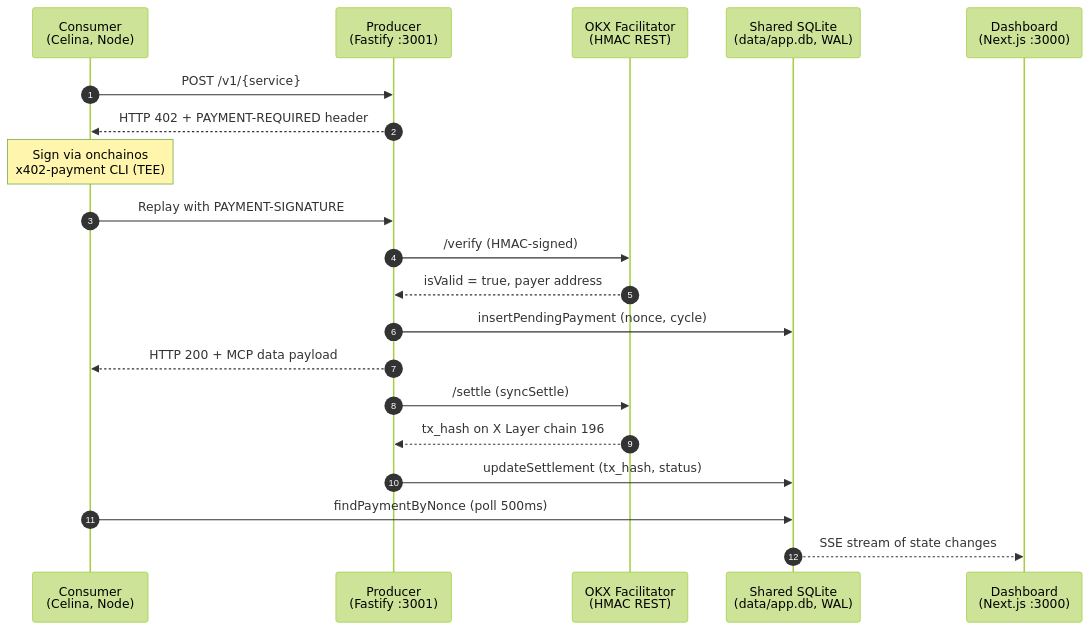
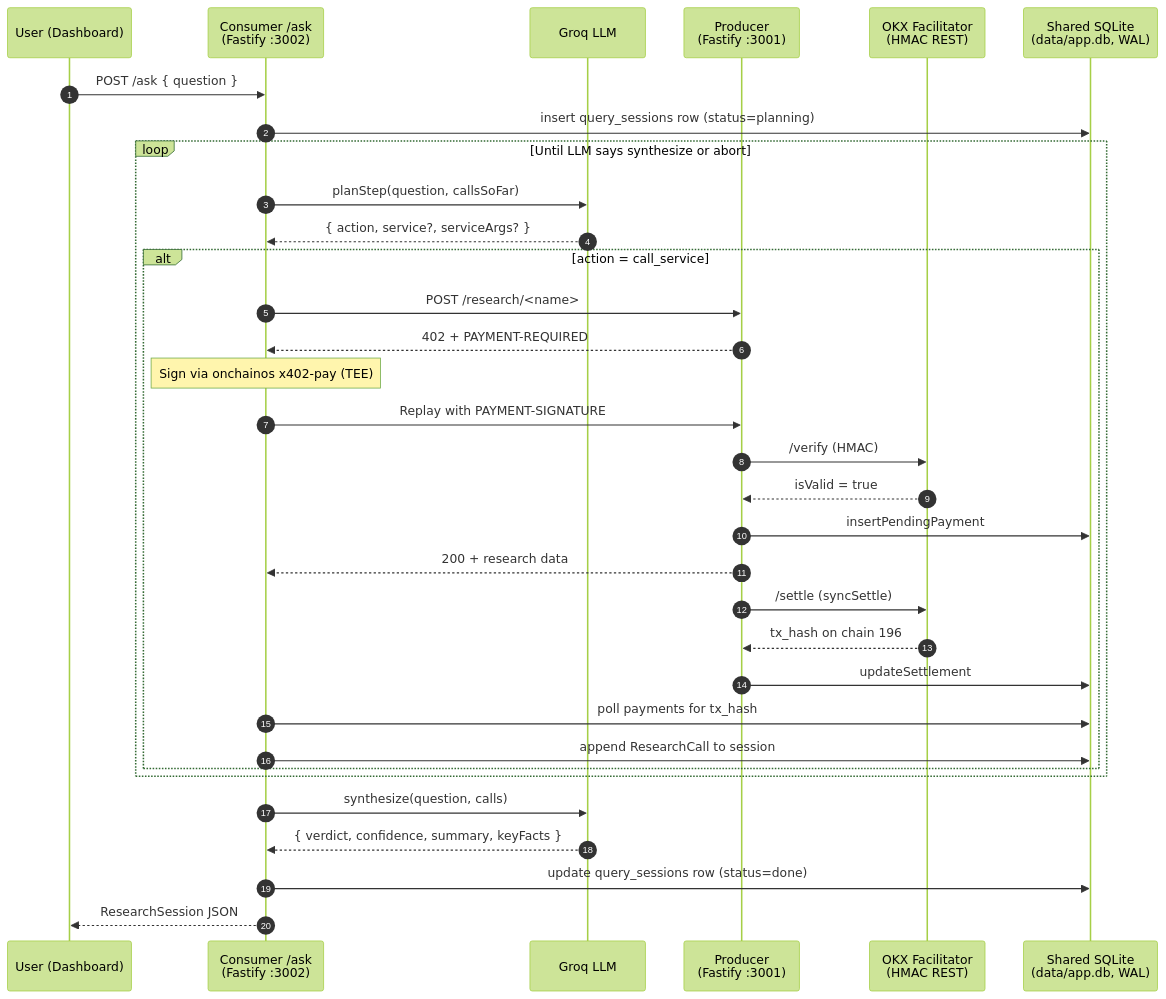
The diagram in README.md (jordi-stack/celina-x402), drawn with Mermaid (forest theme) before and after one commit. The commit also changed other lines of this file and 49 other files, not shown here.

````diff
--- a/README.md
+++ b/README.md
@@ -41,23 +28,36 @@
 ```mermaid
 sequenceDiagram
     autonumber
-    participant C as Consumer<br/>(Celina, Node)
+    participant U as User (Dashboard)
+    participant C as Consumer /ask<br/>(Fastify :3002)
+    participant G as Groq LLM
     participant P as Producer<br/>(Fastify :3001)
     participant F as OKX Facilitator<br/>(HMAC REST)
     participant DB as Shared SQLite<br/>(data/app.db, WAL)
-    participant D as Dashboard<br/>(Next.js :3000)
 
-    C->>P: POST /v1/{service}
-    P-->>C: HTTP 402 + PAYMENT-REQUIRED header
-    Note over C: Sign via onchainos<br/>x402-payment CLI (TEE)
-    C->>P: Replay with PAYMENT-SIGNATURE
-    P->>F: /verify (HMAC-signed)
-    F-->>P: isValid = true, payer address
-    P->>DB: insertPendingPayment (nonce, cycle)
-    P-->>C: HTTP 200 + MCP data payload
-    P->>F: /settle (syncSettle)
-    F-->>P: tx_hash on X Layer chain 196
-    P->>DB: updateSettlement (tx_hash, status)
-    C->>DB: findPaymentByNonce (poll 500ms)
-    DB-->>D: SSE stream of state changes
+    U->>C: POST /ask { question }
+    C->>DB: insert query_sessions row (status=planning)
+    loop Until LLM says synthesize or abort
+        C->>G: planStep(question, callsSoFar)
+        G-->>C: { action, service?, serviceArgs? }
+        alt action = call_service
+            C->>P: POST /research/<name>
+            P-->>C: 402 + PAYMENT-REQUIRED
+            Note over C: Sign via onchainos x402-pay (TEE)
+            C->>P: Replay with PAYMENT-SIGNATURE
+            P->>F: /verify (HMAC)
+            F-->>P: isValid = true
+            P->>DB: insertPendingPayment
+            P-->>C: 200 + research data
+            P->>F: /settle (syncSettle)
+            F-->>P: tx_hash on chain 196
+            P->>DB: updateSettlement
+            C->>DB: poll payments for tx_hash
+            C->>DB: append ResearchCall to session
+        end
+    end
+    C->>G: synthesize(question, calls)
+    G-->>C: { verdict, confidence, summary, keyFacts }
+    C->>DB: update query_sessions row (status=done)
+    C-->>U: ResearchSession JSON
 ```
````
